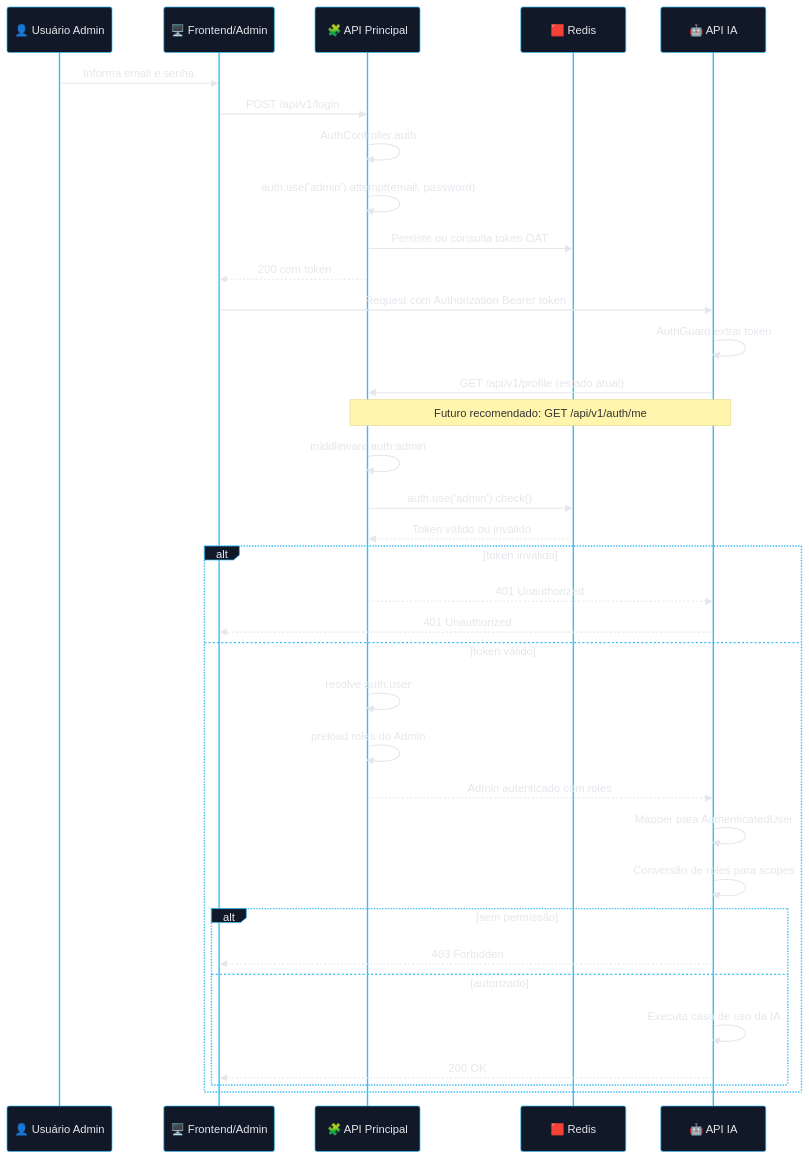
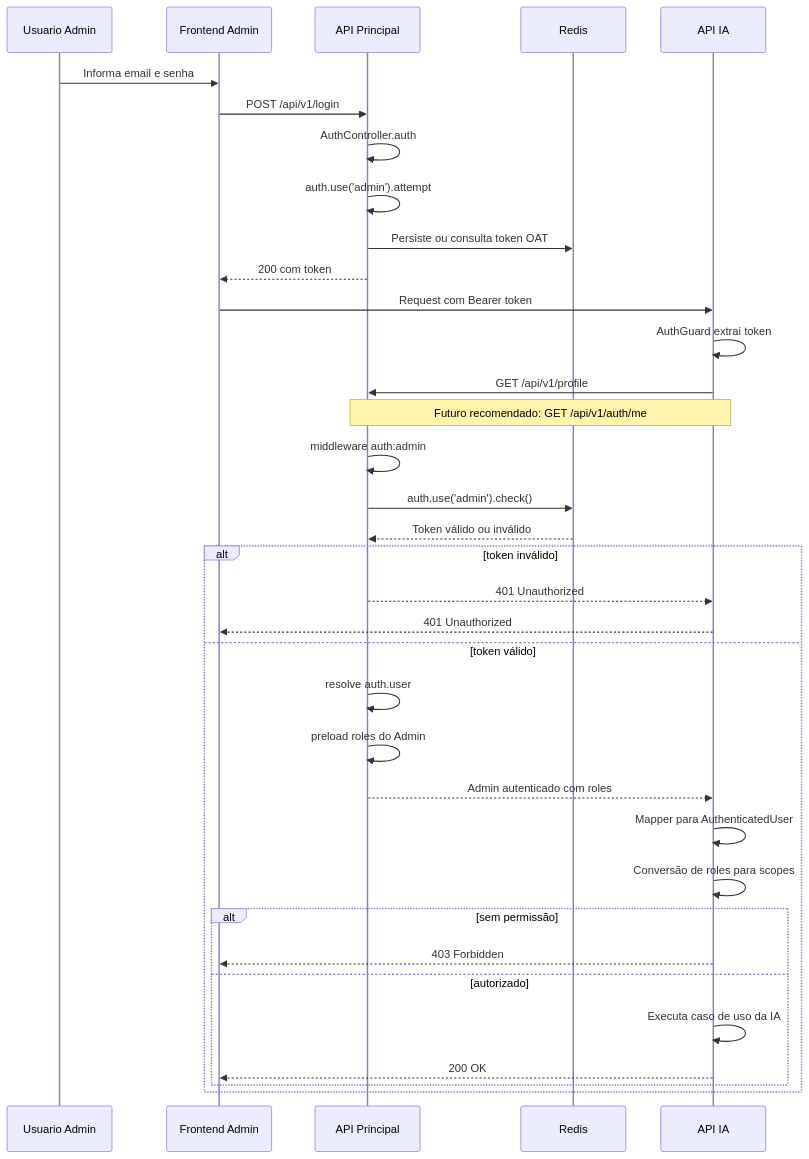
The third of 6 diagrams in RFC-0001-Auth.md (matheusdiamantino-betalent/IA), drawn with Mermaid before and after one commit. The commit also changed other lines of this file, not shown here.

````diff
--- a/RFC-0001-Auth.md
+++ b/RFC-0001-Auth.md
@@ -376,56 +241,41 @@
 ```mermaid
-%%{init: {
-  "theme": "base",
-  "themeVariables": {
-    "background": "#0b1020",
-    "primaryColor": "#111827",
-    "primaryTextColor": "#e5e7eb",
-    "primaryBorderColor": "#38bdf8",
-    "lineColor": "#38bdf8",
-    "secondaryColor": "#172033",
-    "secondaryTextColor": "#e2e8f0",
-    "tertiaryColor": "#0f172a",
-    "tertiaryTextColor": "#f8fafc",
-    "fontFamily": "Inter, ui-sans-serif, system-ui, sans-serif"
-  }
-}}%%
 sequenceDiagram
-    participant U as 👤 Usuário Admin
-    participant F as 🖥️ Frontend/Admin
-    participant P as 🧩 API Principal
-    participant R as 🟥 Redis
-    participant I as 🤖 API IA
+    participant U as Usuario Admin
+    participant F as Frontend Admin
+    participant P as API Principal
+    participant R as Redis
+    participant I as API IA
 
     U->>F: Informa email e senha
     F->>P: POST /api/v1/login
     P->>P: AuthController.auth
-    P->>P: auth.use('admin').attempt(email, password)
+    P->>P: auth.use('admin').attempt
     P->>R: Persiste ou consulta token OAT
     P-->>F: 200 com token
 
-    F->>I: Request com Authorization Bearer token
+    F->>I: Request com Bearer token
     I->>I: AuthGuard extrai token
-    I->>P: GET /api/v1/profile (estado atual)
+    I->>P: GET /api/v1/profile
     Note over I,P: Futuro recomendado: GET /api/v1/auth/me
     P->>P: middleware auth:admin
     P->>R: auth.use('admin').check()
     R-->>P: Token válido ou inválido
 
     alt token inválido
         P-->>I: 401 Unauthorized
         I-->>F: 401 Unauthorized
     else token válido
         P->>P: resolve auth.user
         P->>P: preload roles do Admin
         P-->>I: Admin autenticado com roles
         I->>I: Mapper para AuthenticatedUser
         I->>I: Conversão de roles para scopes
 
         alt sem permissão
             I-->>F: 403 Forbidden
         else autorizado
             I->>I: Executa caso de uso da IA
             I-->>F: 200 OK
         end
     end
 ```
````
